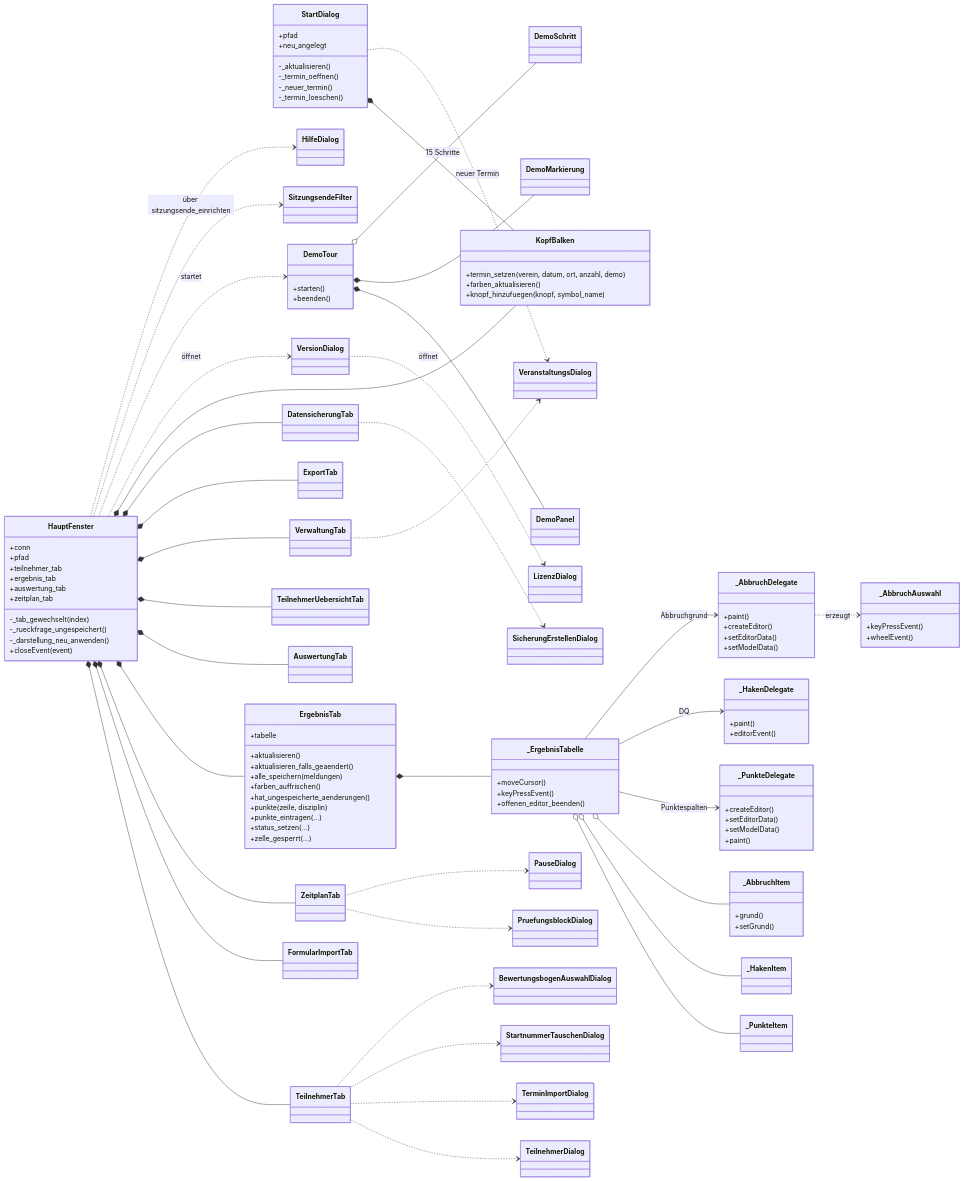
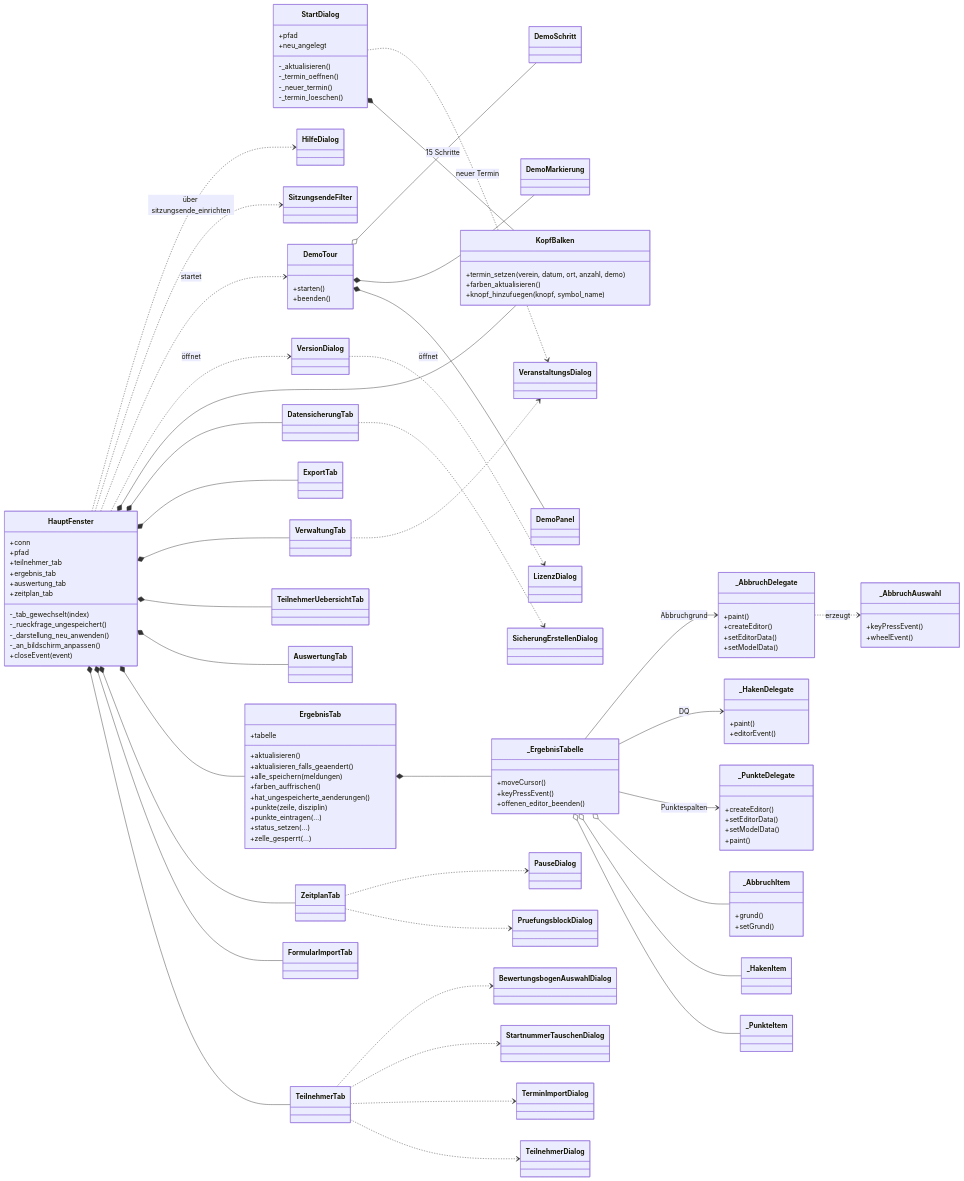
Before and after one commit to mbruver-source/SHS: the second of 13 diagrams in UML.md, drawn with Mermaid. The commit also changed 20 other files, not shown here.

```diff
--- a/UML.md
+++ b/UML.md
@@ -97,6 +97,7 @@
         -_tab_gewechselt(index)
         -_rueckfrage_ungespeichert()
         -_darstellung_neu_anwenden()
+        -_an_bildschirm_anpassen()
         +closeEvent(event)
     }
     class StartDialog {
```
